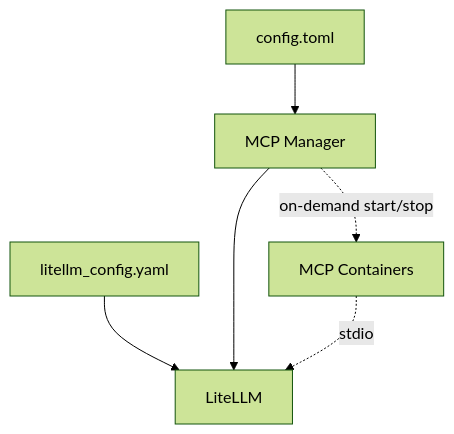
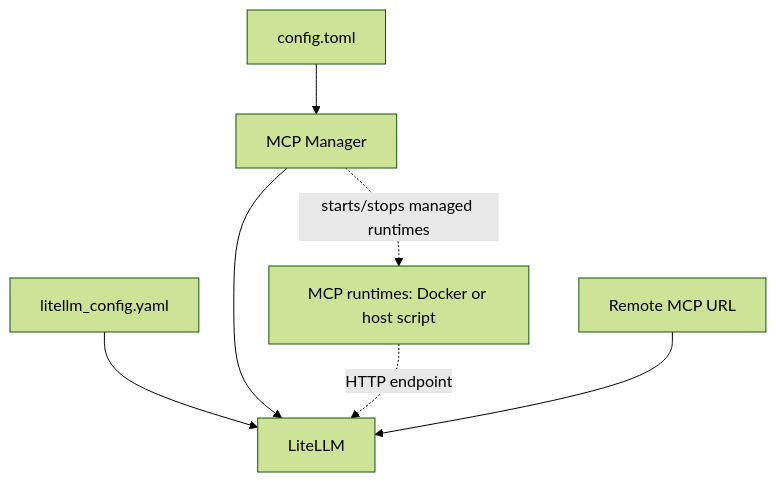
The diagram in docs/architecture/mcp-management.md (crypdick/pynchy), drawn with Mermaid (forest theme) before and after one commit. The commit also changed other lines of this file and 30 other files, not shown here.

Commit message:
docs: align guides with current architecture

````diff
--- a/docs/architecture/mcp-management.md
+++ b/docs/architecture/mcp-management.md
@@ -7,8 +7,9 @@
 ```mermaid
 graph TB
     Config["config.toml"] --> MCP["MCP Manager"]
     LCFG["litellm_config.yaml"] --> LiteLLM["LiteLLM"]
     MCP --> LiteLLM
-    MCP -. "on-demand start/stop" .-> MCPCont["MCP Containers"]
-    MCPCont -. "stdio" .-> LiteLLM
+    MCP -. "starts/stops managed runtimes" .-> MCPRuntime["MCP runtimes: Docker or host script"]
+    MCPRuntime -. "HTTP endpoint" .-> LiteLLM
+    Remote["Remote MCP URL"] --> LiteLLM
 ```
````
